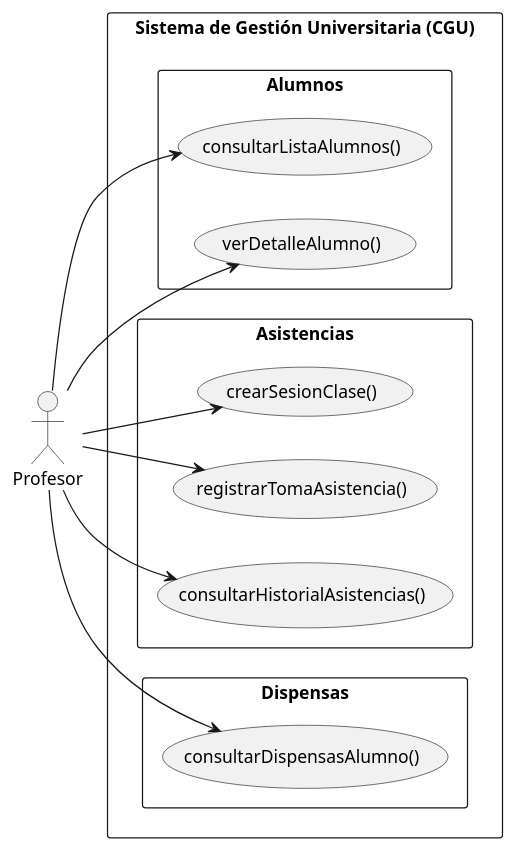
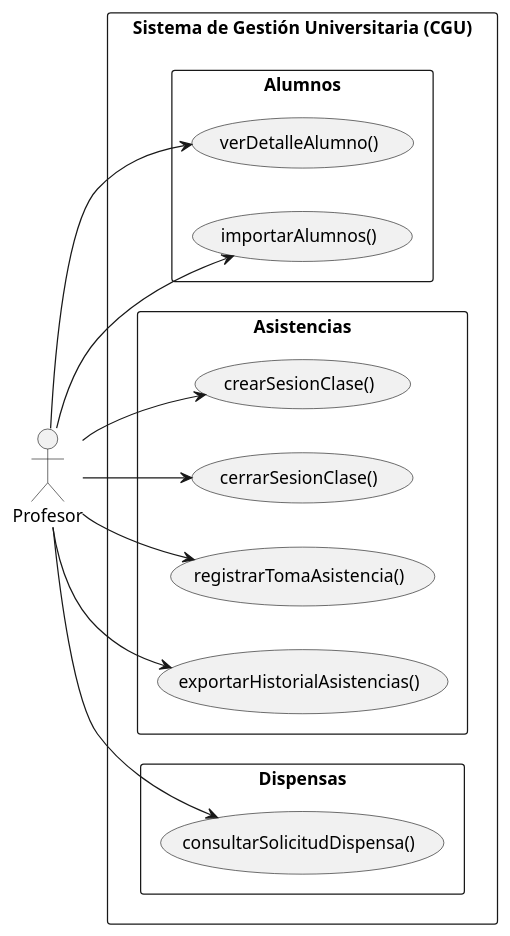
One commit to enmabry/25-26-IdSw1-SdR changed the diagram in documents/CasosDeUso/Profesor/Profesor.puml. Above: the diagram before and after it, drawn with PlantUML. The commit also changed 19 other files, not shown here.

Commit message:
modificacion detallado profesor teniendo en cuenta nuevo diagrama de contexto

```diff
--- a/documents/CasosDeUso/Profesor/Profesor.puml
+++ b/documents/CasosDeUso/Profesor/Profesor.puml
@@ -1,34 +1,36 @@
 @startuml
 left to right direction
 skinparam packageStyle rectangle
 
 actor Profesor
 
 rectangle "Sistema de Gestión Universitaria (CGU)" {
 
     package "Alumnos" {
-        usecase "consultarListaAlumnos()" as AlumnosConsultarLista
         usecase "verDetalleAlumno()" as AlumnosVerDetalle
+        usecase "importarAlumnos()" as AlumnosImportar
     }
 
     package "Asistencias" {
         usecase "crearSesionClase()" as AsistenciasCrearSesion
+        usecase "cerrarSesionClase()" as AsistenciasCerrarSesion
         usecase "registrarTomaAsistencia()" as AsistenciasRegistrarToma
-        usecase "consultarHistorialAsistencias()" as AsistenciasConsultarHistorial
+        usecase "exportarHistorialAsistencias()" as AsistenciasExportarHistorial
     }
 
     package "Dispensas" {
-        usecase "consultarDispensasAlumno()" as DispensasConsultar
+      usecase "consultarSolicitudDispensa()" as DispensasConsultar
     }
 
-    Profesor --> AlumnosConsultarLista
     Profesor --> AlumnosVerDetalle
+    Profesor --> AlumnosImportar
     
     Profesor --> AsistenciasCrearSesion
+    Profesor --> AsistenciasCerrarSesion
     Profesor --> AsistenciasRegistrarToma
-    Profesor --> AsistenciasConsultarHistorial
+    Profesor --> AsistenciasExportarHistorial
     
     Profesor --> DispensasConsultar
 }
 
 @enduml
```
